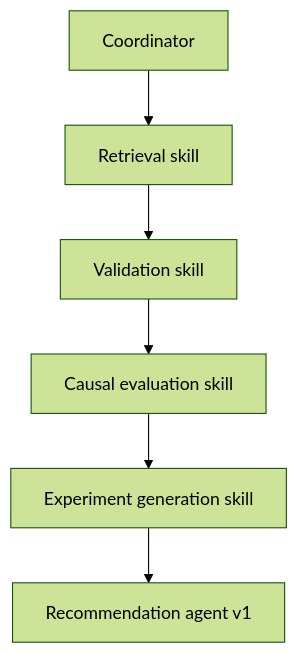
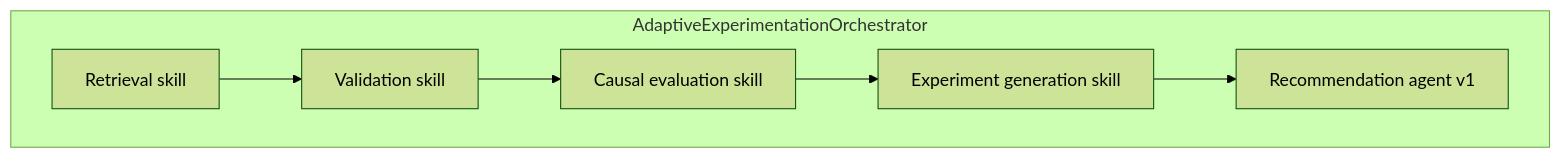
The diagram in docs/skills_catalog.md (anushkamathur14-cloud/Dell-Capstone), drawn with Mermaid (forest theme) before and after one commit. The commit also changed other lines of this file and 7 other files, not shown here.

First line of the commit message:
Clarify coordinator vs orchestrator and widen OrchestrationResult contract

````diff
--- a/docs/skills_catalog.md
+++ b/docs/skills_catalog.md
@@ -76,8 +99,11 @@
 ```mermaid
 flowchart TD
-    CR[Coordinator] --> RS[Retrieval skill]
-    RS --> VS[Validation skill]
-    VS --> CE[Causal evaluation skill]
-    CE --> EG[Experiment generation skill]
-    EG --> RR[Recommendation agent v1]
+    subgraph orch [AdaptiveExperimentationOrchestrator]
+      RS[Retrieval skill]
+      VS[Validation skill]
+      CE[Causal evaluation skill]
+      EG[Experiment generation skill]
+      RR[Recommendation agent v1]
+      RS --> VS --> CE --> EG --> RR
+    end
 ```
````
